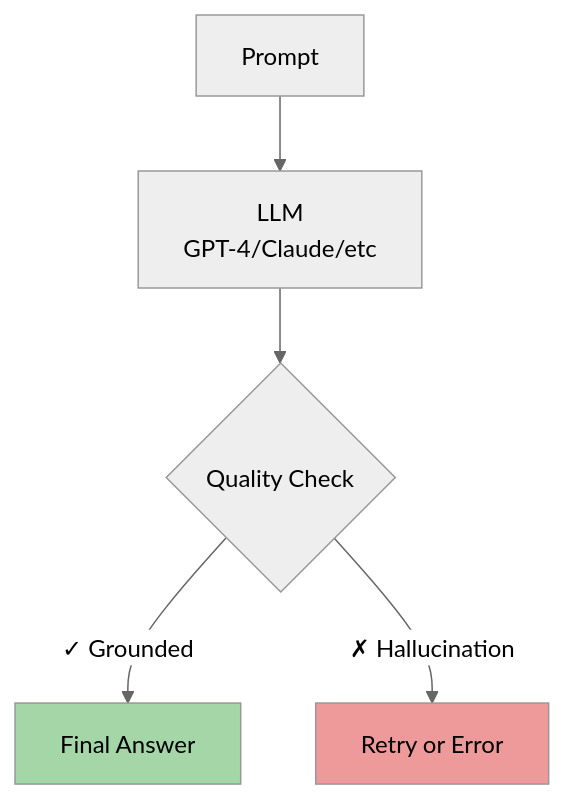
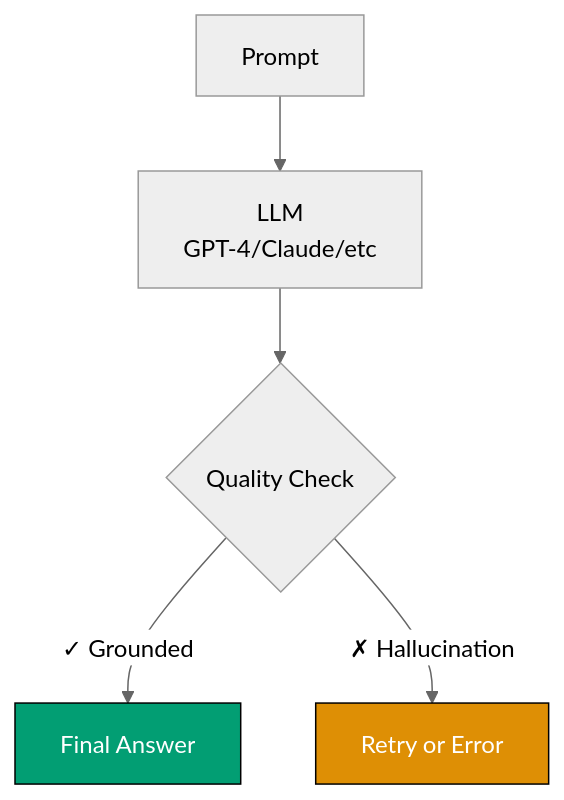
One commit to wahidyankf/open-sharia-enterprise changed the eighth of 8 diagrams in docs/tutorials/ai-engineering/tu-aien__chat-with-pdf.md. Above: the diagram before and after it, drawn with Mermaid (neutral theme). The commit also changed other lines of this file and 22 other files, not shown here.

First line of the commit message:
docs(diagrams): ensure all mermaid diagrams use color-blind friendly palette

````diff
--- a/docs/tutorials/ai-engineering/tu-aien__chat-with-pdf.md
+++ b/docs/tutorials/ai-engineering/tu-aien__chat-with-pdf.md
@@ -526,10 +550,10 @@
 ```mermaid
 graph TD
 	A[Prompt] --> B[LLM<br/>GPT-4/Claude/etc]
 	B --> C{Quality Check}
 	C -->|✓ Grounded| D[Final Answer]
 	C -->|✗ Hallucination| E[Retry or Error]
 
-	style D fill:#a5d6a7
-	style E fill:#ef9a9a
+	style D fill:#029E73,stroke:#000000,color:#FFFFFF
+	style E fill:#DE8F05,stroke:#000000,color:#FFFFFF
 ```
````
